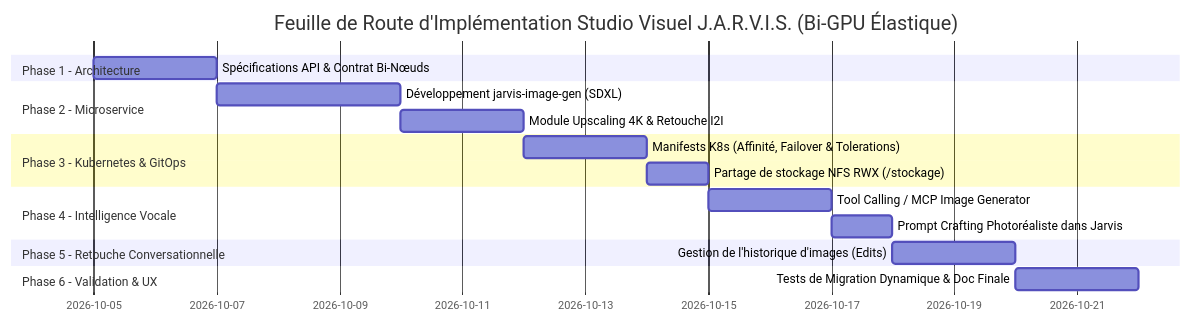
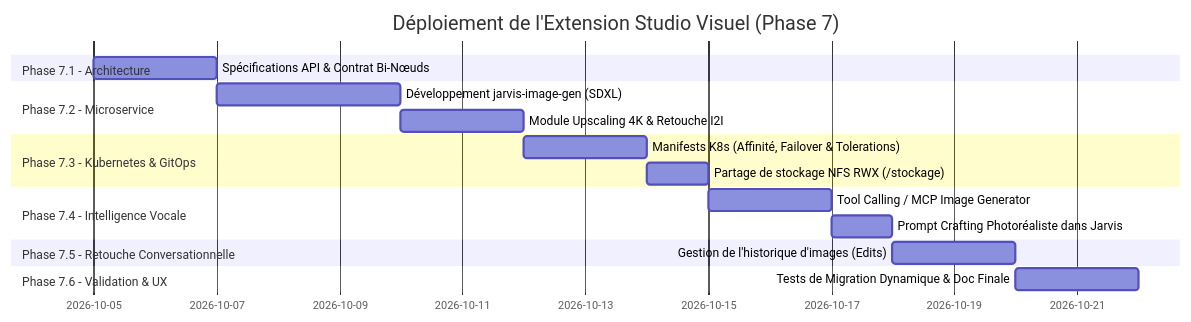
The third of 3 diagrams in projetimage.md (xelnagas/argocd-IA-local), drawn with Mermaid before and after one commit. The commit also changed other lines of this file and 1 other file, not shown here.

Commit message:
docs: formalisation du studio visuel en extension Phase 7 additive sans regression dans projetimage.md et planactionimage.md

````diff
--- a/projetimage.md
+++ b/projetimage.md
@@ -223,20 +242,20 @@
 ```mermaid
 gantt
-    title Feuille de Route d'Implémentation Studio Visuel J.A.R.V.I.S. (Bi-GPU Élastique)
+    title Déploiement de l'Extension Studio Visuel (Phase 7)
     dateFormat  YYYY-MM-DD
-    section Phase 1 - Architecture
+    section Phase 7.1 - Architecture
     Spécifications API & Contrat Bi-Nœuds       :p1_1, 2026-10-05, 2d
-    section Phase 2 - Microservice
+    section Phase 7.2 - Microservice
     Développement jarvis-image-gen (SDXL)       :p2_1, 2026-10-07, 3d
     Module Upscaling 4K & Retouche I2I         :p2_2, after p2_1, 2d
-    section Phase 3 - Kubernetes & GitOps
+    section Phase 7.3 - Kubernetes & GitOps
     Manifests K8s (Affinité, Failover & Tolerations) :p3_1, after p2_2, 2d
     Partage de stockage NFS RWX (/stockage)     :p3_2, after p3_1, 1d
-    section Phase 4 - Intelligence Vocale
+    section Phase 7.4 - Intelligence Vocale
     Tool Calling / MCP Image Generator          :p4_1, after p3_2, 2d
     Prompt Crafting Photoréaliste dans Jarvis   :p4_2, after p4_1, 1d
-    section Phase 5 - Retouche Conversationnelle
+    section Phase 7.5 - Retouche Conversationnelle
     Gestion de l'historique d'images (Edits)    :p5_1, after p4_2, 2d
-    section Phase 6 - Validation & UX
+    section Phase 7.6 - Validation & UX
     Tests de Migration Dynamique & Doc Finale   :p6_1, after p5_1, 2d
 ```
````
